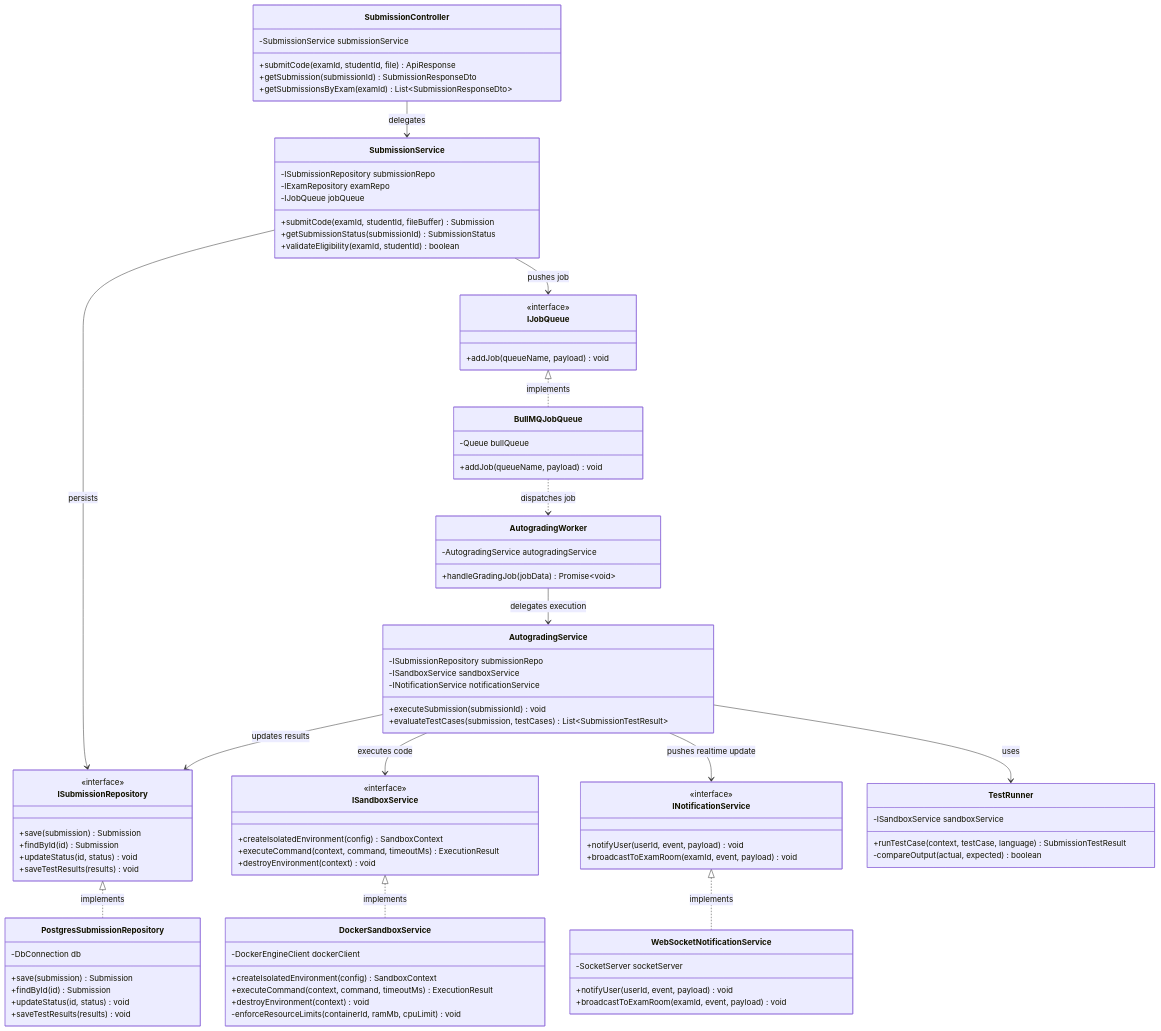
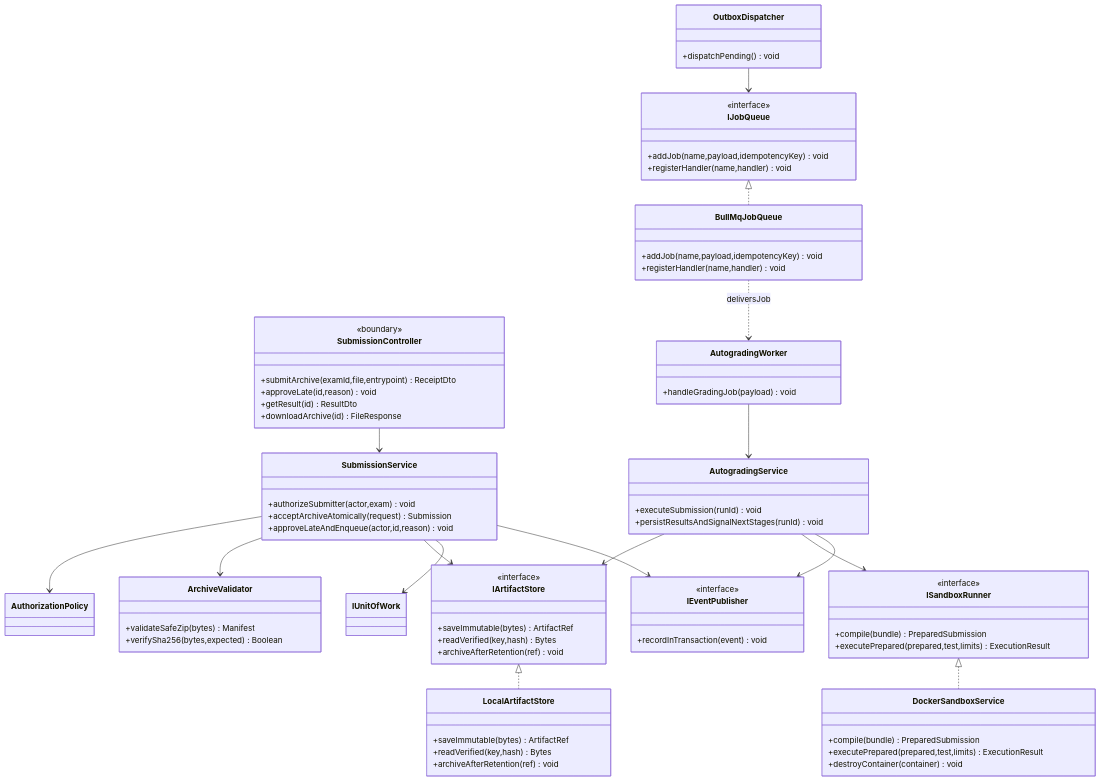
The sixth of 9 diagrams in CLASS_DIAGRAM_DESIGN.md (pthaok6/AITA-Intelligent), drawn with Mermaid before and after one commit. The commit also changed other lines of this file and 1 other file, not shown here.

````diff
--- a/CLASS_DIAGRAM_DESIGN.md
+++ b/CLASS_DIAGRAM_DESIGN.md
@@ -235,113 +533,78 @@
 ```mermaid
 classDiagram
-    %% Boundary / Controller Layer
-    class SubmissionController {
-        -SubmissionService submissionService
-        +submitCode(examId, studentId, file) ApiResponse
-        +getSubmission(submissionId) SubmissionResponseDto
-        +getSubmissionsByExam(examId) List~SubmissionResponseDto~
-    }
-
-    %% Control / Service Layer
-    class SubmissionService {
-        -ISubmissionRepository submissionRepo
-        -IExamRepository examRepo
-        -IJobQueue jobQueue
-        +submitCode(examId, studentId, fileBuffer) Submission
-        +getSubmissionStatus(submissionId) SubmissionStatus
-        +validateEligibility(examId, studentId) boolean
-    }
-
-    class AutogradingService {
-        -ISubmissionRepository submissionRepo
-        -ISandboxService sandboxService
-        -INotificationService notificationService
-        +executeSubmission(submissionId) void
-        +evaluateTestCases(submission, testCases) List~SubmissionTestResult~
-    }
-
-    %% Background Worker (Consumer)
-    class AutogradingWorker {
-        -AutogradingService autogradingService
-        +handleGradingJob(jobData) Promise~void~
-    }
-
-    %% Infrastructure Abstractions (Interfaces)
-    class IJobQueue {
-        <<interface>>
-        +addJob(queueName, payload) void
-    }
-
-    class BullMQJobQueue {
-        -Queue bullQueue
-        +addJob(queueName, payload) void
-    }
-
-    class ISandboxService {
-        <<interface>>
-        +createIsolatedEnvironment(config) SandboxContext
-        +executeCommand(context, command, timeoutMs) ExecutionResult
-        +destroyEnvironment(context) void
-    }
-
-    class DockerSandboxService {
-        -DockerEngineClient dockerClient
-        +createIsolatedEnvironment(config) SandboxContext
-        +executeCommand(context, command, timeoutMs) ExecutionResult
-        +destroyEnvironment(context) void
-        -enforceResourceLimits(containerId, ramMb, cpuLimit) void
-    }
-
-    class INotificationService {
-        <<interface>>
-        +notifyUser(userId, event, payload) void
-        +broadcastToExamRoom(examId, event, payload) void
-    }
-
-    class WebSocketNotificationService {
-        -SocketServer socketServer
-        +notifyUser(userId, event, payload) void
-        +broadcastToExamRoom(examId, event, payload) void
-    }
-
-    class ISubmissionRepository {
-        <<interface>>
-        +save(submission) Submission
-        +findById(id) Submission
-        +updateStatus(id, status) void
-        +saveTestResults(results) void
-    }
-
-    class PostgresSubmissionRepository {
-        -DbConnection db
-        +save(submission) Submission
-        +findById(id) Submission
-        +updateStatus(id, status) void
-        +saveTestResults(results) void
-    }
-
-    %% Helper Execution Runner
-    class TestRunner {
-        -ISandboxService sandboxService
-        +runTestCase(context, testCase, language) SubmissionTestResult
-        -compareOutput(actual, expected) boolean
-    }
-
-    %% Classes Association & Dependencies
-    SubmissionController --> SubmissionService : delegates
-    SubmissionService --> ISubmissionRepository : persists
-    SubmissionService --> IJobQueue : pushes job
-    
-    IJobQueue <|.. BullMQJobQueue : implements
-    BullMQJobQueue ..> AutogradingWorker : dispatches job
-    AutogradingWorker --> AutogradingService : delegates execution
-    
-    AutogradingService --> ISandboxService : executes code
-    AutogradingService --> TestRunner : uses
-    AutogradingService --> ISubmissionRepository : updates results
-    AutogradingService --> INotificationService : pushes realtime update
-    
-    ISandboxService <|.. DockerSandboxService : implements
-    INotificationService <|.. WebSocketNotificationService : implements
-    ISubmissionRepository <|.. PostgresSubmissionRepository : implements
+  class SubmissionController {
+    <<boundary>>
+    +submitArchive(examId,file,entrypoint) ReceiptDto
+    +approveLate(id,reason) void
+    +getResult(id) ResultDto
+    +downloadArchive(id) FileResponse
+  }
+  class SubmissionService {
+    +authorizeSubmitter(actor,exam) void
+    +acceptArchiveAtomically(request) Submission
+    +approveLateAndEnqueue(actor,id,reason) void
+  }
+  class ArchiveValidator {
+    +validateSafeZip(bytes) Manifest
+    +verifySha256(bytes,expected) Boolean
+  }
+  class IArtifactStore {
+    <<interface>>
+    +saveImmutable(bytes) ArtifactRef
+    +readVerified(key,hash) Bytes
+    +archiveAfterRetention(ref) void
+  }
+  class LocalArtifactStore {
+    +saveImmutable(bytes) ArtifactRef
+    +readVerified(key,hash) Bytes
+    +archiveAfterRetention(ref) void
+  }
+  class IJobQueue {
+    <<interface>>
+    +addJob(name,payload,idempotencyKey) void
+    +registerHandler(name,handler) void
+  }
+  class BullMqJobQueue {
+    +addJob(name,payload,idempotencyKey) void
+    +registerHandler(name,handler) void
+  }
+  class OutboxDispatcher {
+    +dispatchPending() void
+  }
+  class AutogradingWorker {
+    +handleGradingJob(payload) void
+  }
+  class AutogradingService {
+    +executeSubmission(runId) void
+    +persistResultsAndSignalNextStages(runId) void
+  }
+  class ISandboxRunner {
+    <<interface>>
+    +compile(bundle) PreparedSubmission
+    +executePrepared(prepared,test,limits) ExecutionResult
+  }
+  class DockerSandboxService {
+    +compile(bundle) PreparedSubmission
+    +executePrepared(prepared,test,limits) ExecutionResult
+    +destroyContainer(container) void
+  }
+  class IEventPublisher {
+    <<interface>>
+    +recordInTransaction(event) void
+  }
+  SubmissionController --> SubmissionService
+  SubmissionService --> AuthorizationPolicy
+  SubmissionService --> ArchiveValidator
+  SubmissionService --> IArtifactStore
+  SubmissionService --> IUnitOfWork
+  SubmissionService --> IEventPublisher
+  IArtifactStore <|.. LocalArtifactStore
+  IJobQueue <|.. BullMqJobQueue
+  OutboxDispatcher --> IJobQueue
+  BullMqJobQueue ..> AutogradingWorker : deliversJob
+  AutogradingWorker --> AutogradingService
+  AutogradingService --> IArtifactStore
+  AutogradingService --> ISandboxRunner
+  ISandboxRunner <|.. DockerSandboxService
+  AutogradingService --> IEventPublisher
 ```
````
